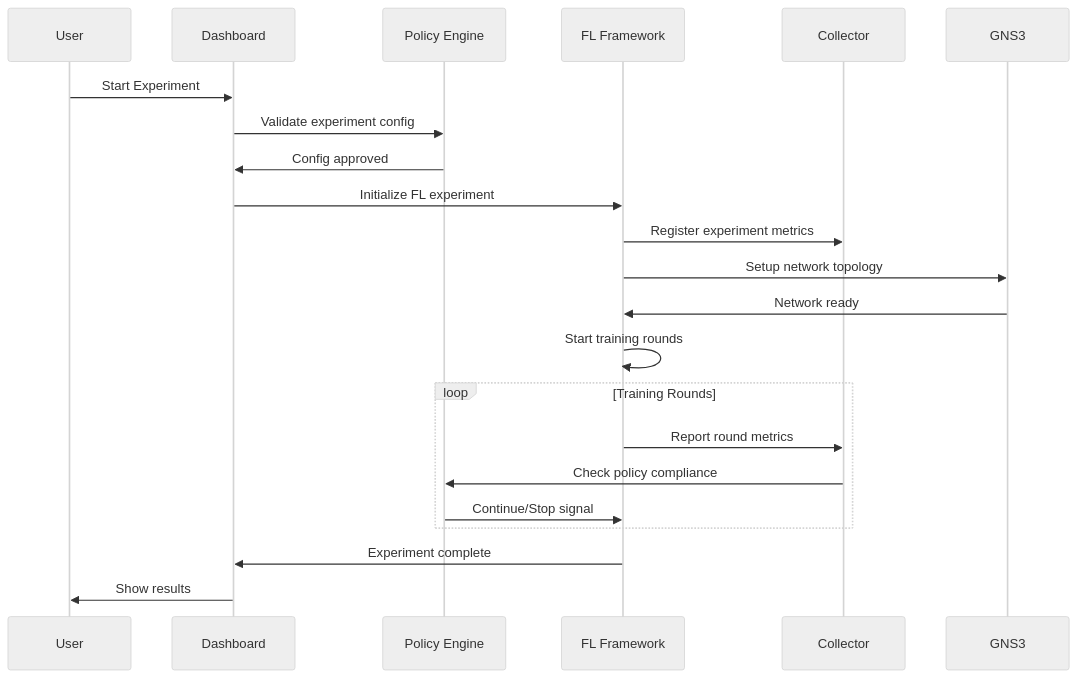
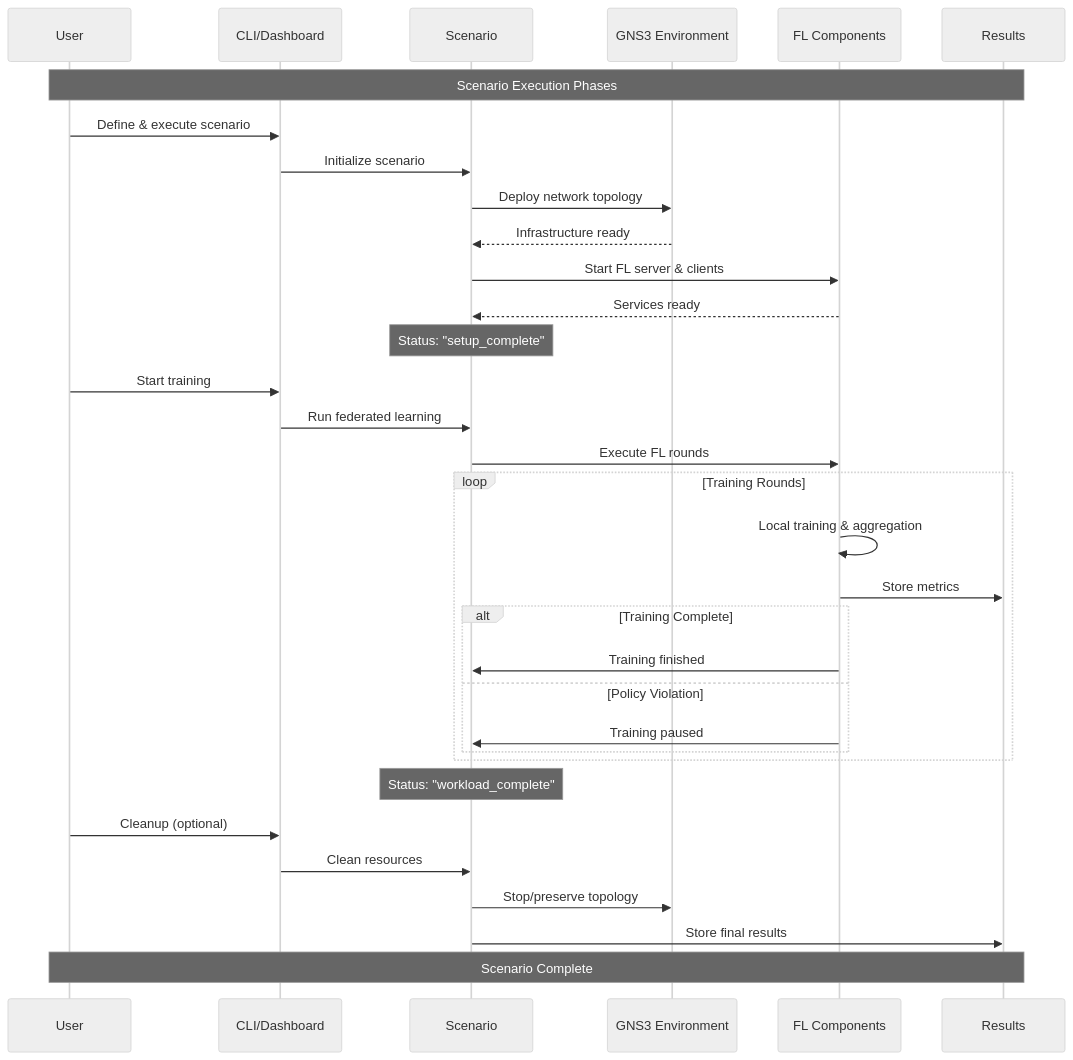
Before and after one commit to abdulmeLINK/flopy-net: the fourth of 14 diagrams in docs/docs/architecture/overview.md, drawn with Mermaid (neutral theme). The commit also changed other lines of this file and 42 other files, not shown here.

````diff
--- a/docs/docs/architecture/overview.md
+++ b/docs/docs/architecture/overview.md
@@ -215,25 +253,47 @@
 ```mermaid
 sequenceDiagram
     participant U as User
-    participant D as Dashboard
-    participant PE as Policy Engine
-    participant FL as FL Framework
-    participant C as Collector
-    participant GNS3 as GNS3
+    participant CLI as CLI/Dashboard
+    participant S as Scenario
+    participant GNS3 as GNS3 Environment
+    participant FL as FL Components
+    participant DB as Results
     
-    U->>D: Start Experiment
-    D->>PE: Validate experiment config
-    PE->>D: Config approved
-    D->>FL: Initialize FL experiment
-    FL->>C: Register experiment metrics
-    FL->>GNS3: Setup network topology
-    GNS3->>FL: Network ready
-    FL->>FL: Start training rounds
+    Note over U,DB: Scenario Execution Phases
+    
+    %% Phase 1: Setup
+    U->>CLI: Define & execute scenario
+    CLI->>S: Initialize scenario
+    S->>GNS3: Deploy network topology
+    GNS3-->>S: Infrastructure ready
+    S->>FL: Start FL server & clients
+    FL-->>S: Services ready
+    
+    Note over S: Status: "setup_complete"
+    
+    %% Phase 2: Execution
+    U->>CLI: Start training
+    CLI->>S: Run federated learning
+    S->>FL: Execute FL rounds
+    
     loop Training Rounds
-        FL->>C: Report round metrics
-        C->>PE: Check policy compliance
-        PE->>FL: Continue/Stop signal
+        FL->>FL: Local training & aggregation
+        FL->>DB: Store metrics
+        
+        alt Training Complete
+            FL->>S: Training finished
+        else Policy Violation
+            FL->>S: Training paused
+        end
     end
-    FL->>D: Experiment complete
-    D->>U: Show results
+    
+    Note over S: Status: "workload_complete"
+    
+    %% Phase 3: Cleanup (Optional)
+    U->>CLI: Cleanup (optional)
+    CLI->>S: Clean resources
+    S->>GNS3: Stop/preserve topology
+    S->>DB: Store final results
+    
+    Note over U,DB: Scenario Complete
 ```
````
